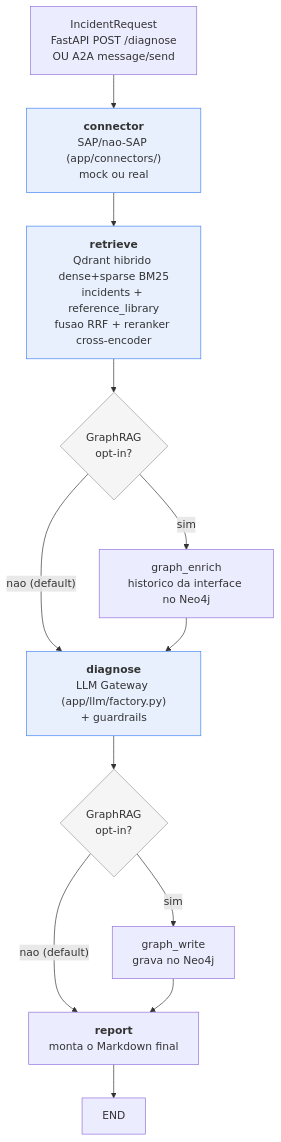
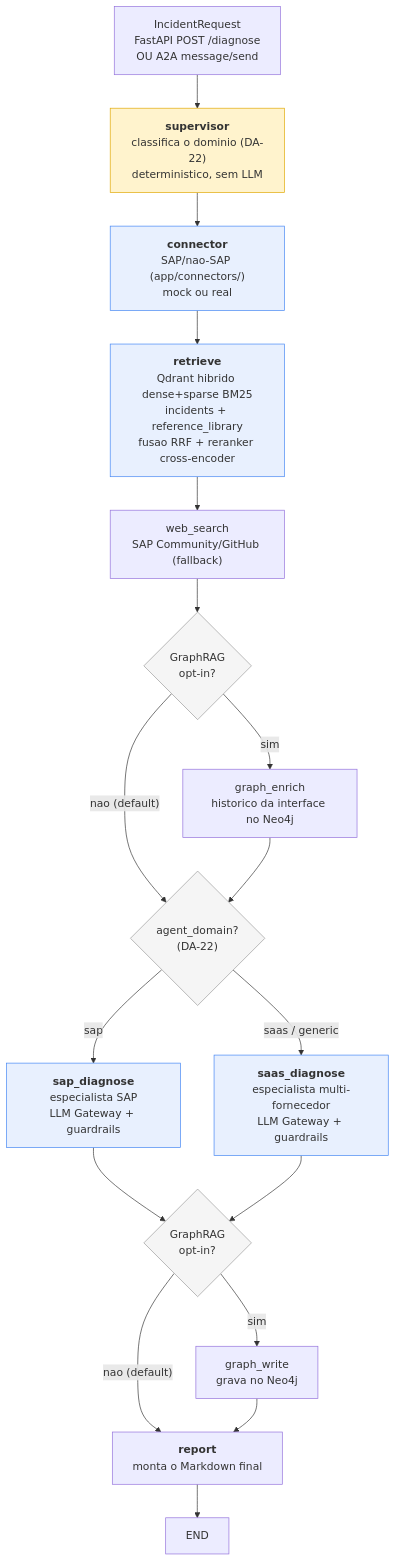
One commit to marcos-slima/integration-incident-copilot changed the diagram in docs/ARCHITECTURE.md. Above: the diagram before and after it, drawn with Mermaid. The commit also changed other lines of this file and 10 other files, not shown here.

````diff
--- a/docs/ARCHITECTURE.md
+++ b/docs/ARCHITECTURE.md
@@ -10,20 +10,28 @@
 ```mermaid
 flowchart TD
-    A["IncidentRequest<br/>FastAPI POST /diagnose<br/>OU A2A message/send"] --> B["<b>connector</b><br/>SAP/nao-SAP (app/connectors/)<br/>mock ou real"]
+    A["IncidentRequest<br/>FastAPI POST /diagnose<br/>OU A2A message/send"] --> S["<b>supervisor</b><br/>classifica o dominio (DA-22)<br/>deterministico, sem LLM"]
+    S --> B["<b>connector</b><br/>SAP/nao-SAP (app/connectors/)<br/>mock ou real"]
     B --> C["<b>retrieve</b><br/>Qdrant hibrido dense+sparse BM25<br/>incidents + reference_library<br/>fusao RRF + reranker cross-encoder"]
-    C --> D{"GraphRAG<br/>opt-in?"}
+    C --> W["web_search<br/>SAP Community/GitHub (fallback)"]
+    W --> D{"GraphRAG<br/>opt-in?"}
     D -->|"sim"| E["graph_enrich<br/>historico da interface no Neo4j"]
-    D -->|"nao (default)"| F["<b>diagnose</b><br/>LLM Gateway (app/llm/factory.py)<br/>+ guardrails"]
-    E --> F
-    F --> G{"GraphRAG<br/>opt-in?"}
+    D -->|"nao (default)"| R{"agent_domain?<br/>(DA-22)"}
+    E --> R
+    R -->|"sap"| F1["<b>sap_diagnose</b><br/>especialista SAP<br/>LLM Gateway + guardrails"]
+    R -->|"saas / generic"| F2["<b>saas_diagnose</b><br/>especialista multi-fornecedor<br/>LLM Gateway + guardrails"]
+    F1 --> G{"GraphRAG<br/>opt-in?"}
+    F2 --> G
     G -->|"sim"| H["graph_write<br/>grava no Neo4j"]
     G -->|"nao (default)"| I["<b>report</b><br/>monta o Markdown final"]
     H --> I
     I --> J["END"]
 
     style D fill:#f5f5f5,stroke:#999
     style G fill:#f5f5f5,stroke:#999
+    style R fill:#f5f5f5,stroke:#999
+    style S fill:#fff3cd,stroke:#e0a800
     style B fill:#e8f0fe,stroke:#4285f4
     style C fill:#e8f0fe,stroke:#4285f4
-    style F fill:#e8f0fe,stroke:#4285f4
+    style F1 fill:#e8f0fe,stroke:#4285f4
+    style F2 fill:#e8f0fe,stroke:#4285f4
 ```
````
